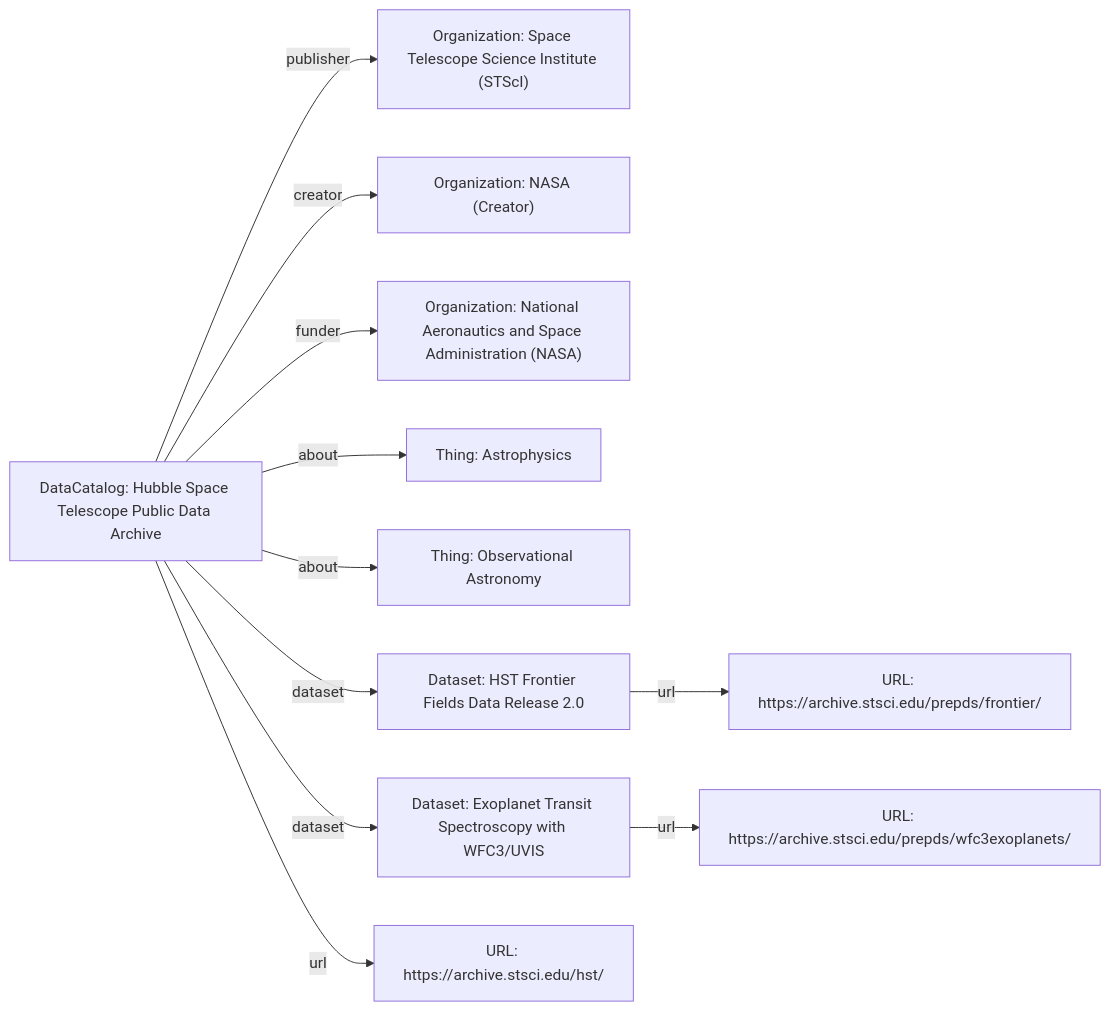
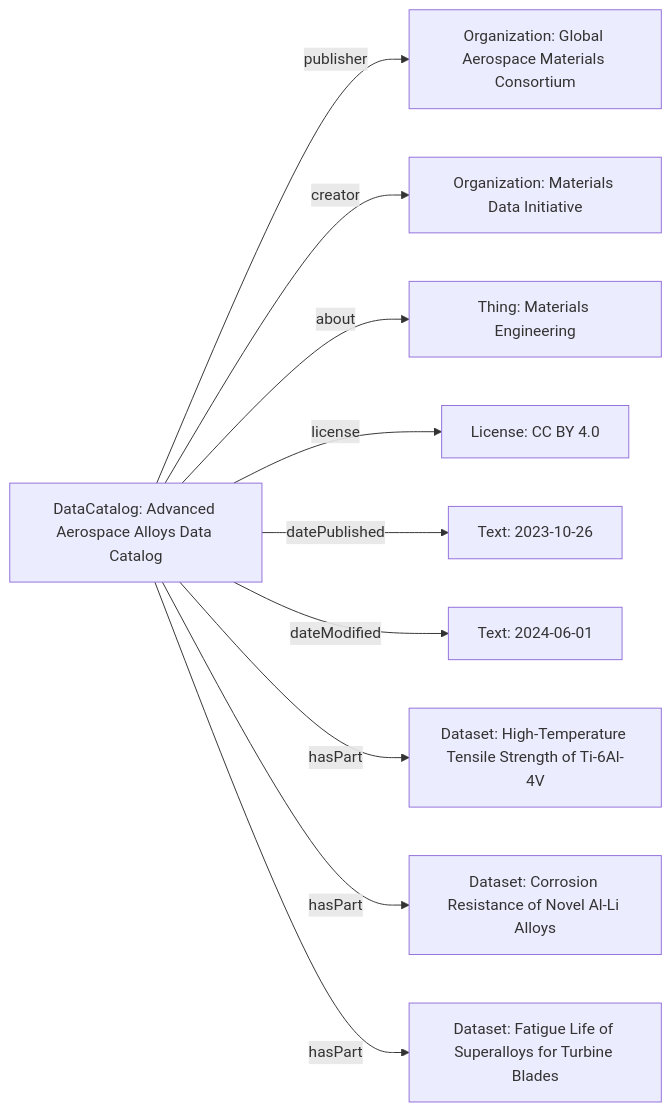
One commit to schemas-science/schemas-science.github.io changed the diagram in docs/guidance/DataCatalog.md. Above: the diagram before and after it, drawn with Mermaid. The commit also changed other lines of this file and 15 other files, not shown here.

````diff
--- a/docs/guidance/DataCatalog.md
+++ b/docs/guidance/DataCatalog.md
@@ -90,24 +67,23 @@
 ```mermaid
 graph LR
-DataCatalog_HSTArchive["DataCatalog: Hubble Space Telescope Public Data Archive"]
-Organization_STScI["Organization: Space Telescope Science Institute (STScI)"]
-Organization_NASA_Creator["Organization: NASA (Creator)"]
-Organization_NASA_Funder["Organization: National Aeronautics and Space Administration (NASA)"]
-Thing_Astrophysics["Thing: Astrophysics"]
-Thing_ObsAstronomy["Thing: Observational Astronomy"]
-Dataset_FrontierFields["Dataset: HST Frontier Fields Data Release 2.0"]
-Dataset_ExoplanetSpectroscopy["Dataset: Exoplanet Transit Spectroscopy with WFC3/UVIS"]
+DataCatalog_AerospaceAlloysCatalog["DataCatalog: Advanced Aerospace Alloys Data Catalog"]
+Organization_GAMC["Organization: Global Aerospace Materials Consortium"]
+Organization_MDI["Organization: Materials Data Initiative"]
+Thing_MaterialsEngineering["Thing: Materials Engineering"]
+License_CCBY40["License: CC BY 4.0"]
+Dataset_TensileStrength["Dataset: High-Temperature Tensile Strength of Ti-6Al-4V"]
+Dataset_CorrosionResistance["Dataset: Corrosion Resistance of Novel Al-Li Alloys"]
+Dataset_FatigueLife["Dataset: Fatigue Life of Superalloys for Turbine Blades"]
+Date_Published["Text: 2023-10-26"]
+Date_Modified["Text: 2024-06-01"]
 
-DataCatalog_HSTArchive -->|publisher| Organization_STScI
-DataCatalog_HSTArchive -->|creator| Organization_NASA_Creator
-DataCatalog_HSTArchive -->|funder| Organization_NASA_Funder
-DataCatalog_HSTArchive -->|about| Thing_Astrophysics
-DataCatalog_HSTArchive -->|about| Thing_ObsAstronomy
-DataCatalog_HSTArchive -->|dataset| Dataset_FrontierFields
-DataCatalog_HSTArchive -->|dataset| Dataset_ExoplanetSpectroscopy
-
-Dataset_FrontierFields -->|url| URL_FrontierFields[URL: https://archive.stsci.edu/prepds/frontier/]
-Dataset_ExoplanetSpectroscopy -->|url| URL_ExoplanetSpectroscopy[URL: https://archive.stsci.edu/prepds/wfc3exoplanets/]
-
-DataCatalog_HSTArchive --url--> URL_HSTArchive[URL: https://archive.stsci.edu/hst/]
+DataCatalog_AerospaceAlloysCatalog -->|publisher| Organization_GAMC
+DataCatalog_AerospaceAlloysCatalog -->|creator| Organization_MDI
+DataCatalog_AerospaceAlloysCatalog -->|about| Thing_MaterialsEngineering
+DataCatalog_AerospaceAlloysCatalog -->|license| License_CCBY40
+DataCatalog_AerospaceAlloysCatalog -->|datePublished| Date_Published
+DataCatalog_AerospaceAlloysCatalog -->|dateModified| Date_Modified
+DataCatalog_AerospaceAlloysCatalog -->|hasPart| Dataset_TensileStrength
+DataCatalog_AerospaceAlloysCatalog -->|hasPart| Dataset_CorrosionResistance
+DataCatalog_AerospaceAlloysCatalog -->|hasPart| Dataset_FatigueLife
 ```
````
